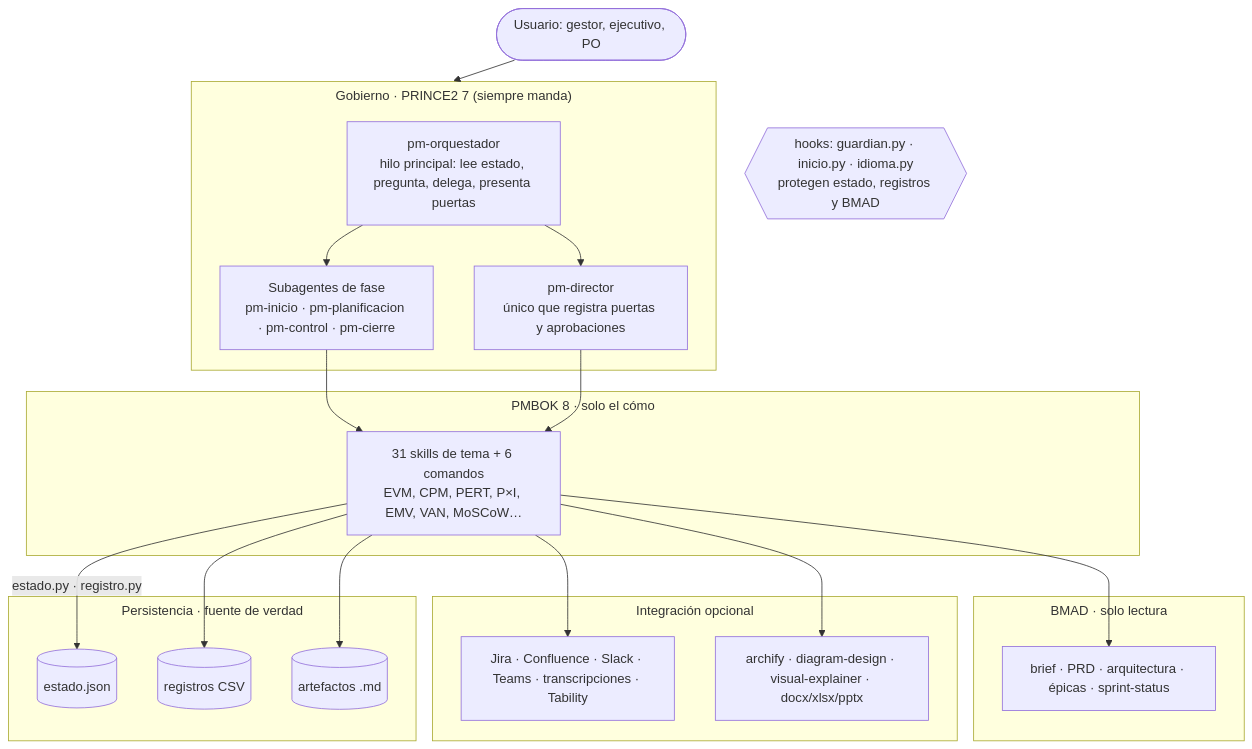
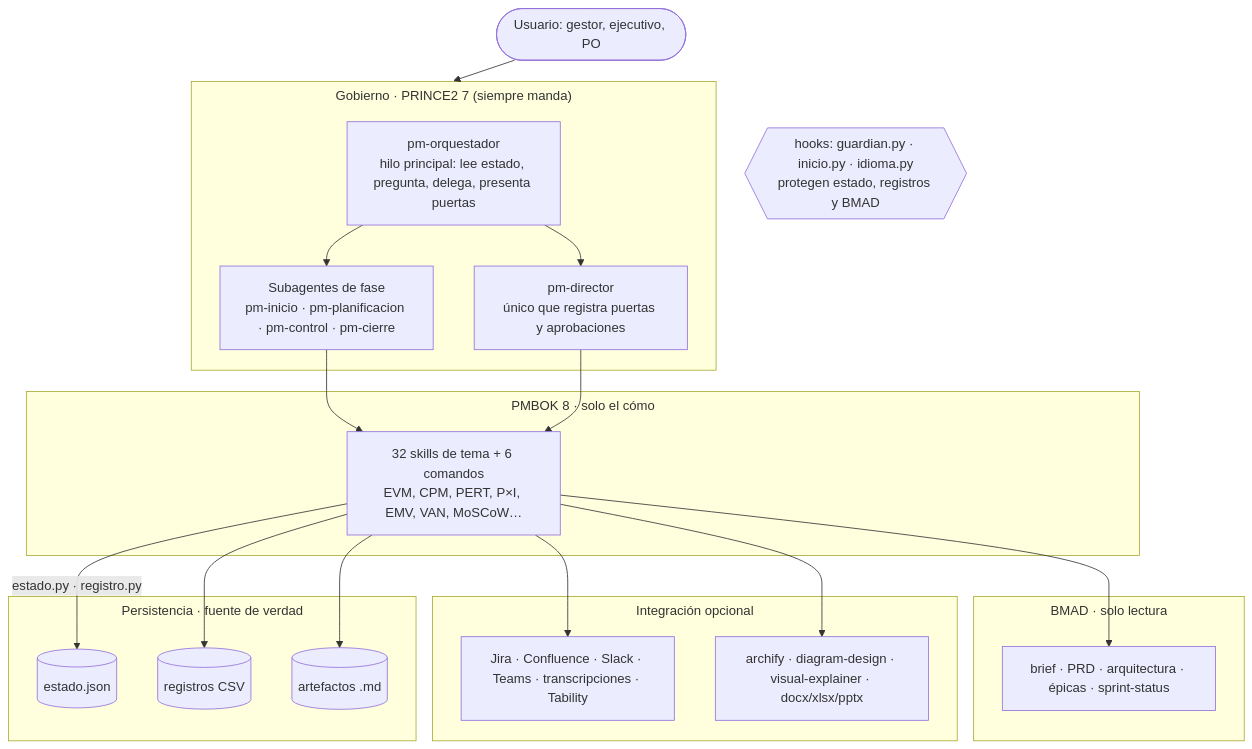
The diagram in docs/diagramas/arquitectura.mmd (Arturo-Penas-Rial/pm-method), drawn with Mermaid before and after one commit. The commit also changed 144 other files, not shown here.

```diff
--- a/docs/diagramas/arquitectura.mmd
+++ b/docs/diagramas/arquitectura.mmd
@@ -1,41 +1,41 @@
 ---
 config:
   flowchart:
     subGraphTitleMargin:
       top: 6
       bottom: 18
 ---
 flowchart TB
     U([Usuario: gestor, ejecutivo, PO]) --> G
     subgraph G["Gobierno · PRINCE2 7 (siempre manda)"]
         O["pm-orquestador<br/>hilo principal: lee estado, pregunta, delega, presenta puertas"]
         D["pm-director<br/>único que registra puertas y aprobaciones"]
         F["Subagentes de fase<br/>pm-inicio · pm-planificacion · pm-control · pm-cierre"]
     end
     subgraph T["PMBOK 8 · solo el cómo"]
-        S["31 skills de tema + 6 comandos<br/>EVM, CPM, PERT, P×I, EMV, VAN, MoSCoW…"]
+        S["32 skills de tema + 6 comandos<br/>EVM, CPM, PERT, P×I, EMV, VAN, MoSCoW…"]
     end
     subgraph E["BMAD · solo lectura"]
         B["brief · PRD · arquitectura · épicas · sprint-status"]
     end
     subgraph I["Integración opcional"]
         M["Jira · Confluence · Slack · Teams · transcripciones · Tability"]
         X["archify · diagram-design · visual-explainer · docx/xlsx/pptx"]
     end
     subgraph P["Persistencia · fuente de verdad"]
         J[("estado.json")]
         R[("registros CSV")]
         A[("artefactos .md")]
     end
     O --> F
     O --> D
     F --> S
     D --> S
     S --> B
     S --> M
     S --> X
     S -->|"estado.py · registro.py"| J
     S --> R
     S --> A
     H{{"hooks: guardian.py · inicio.py · idioma.py<br/>protegen estado, registros y BMAD"}}
     U ~~~ H
```
